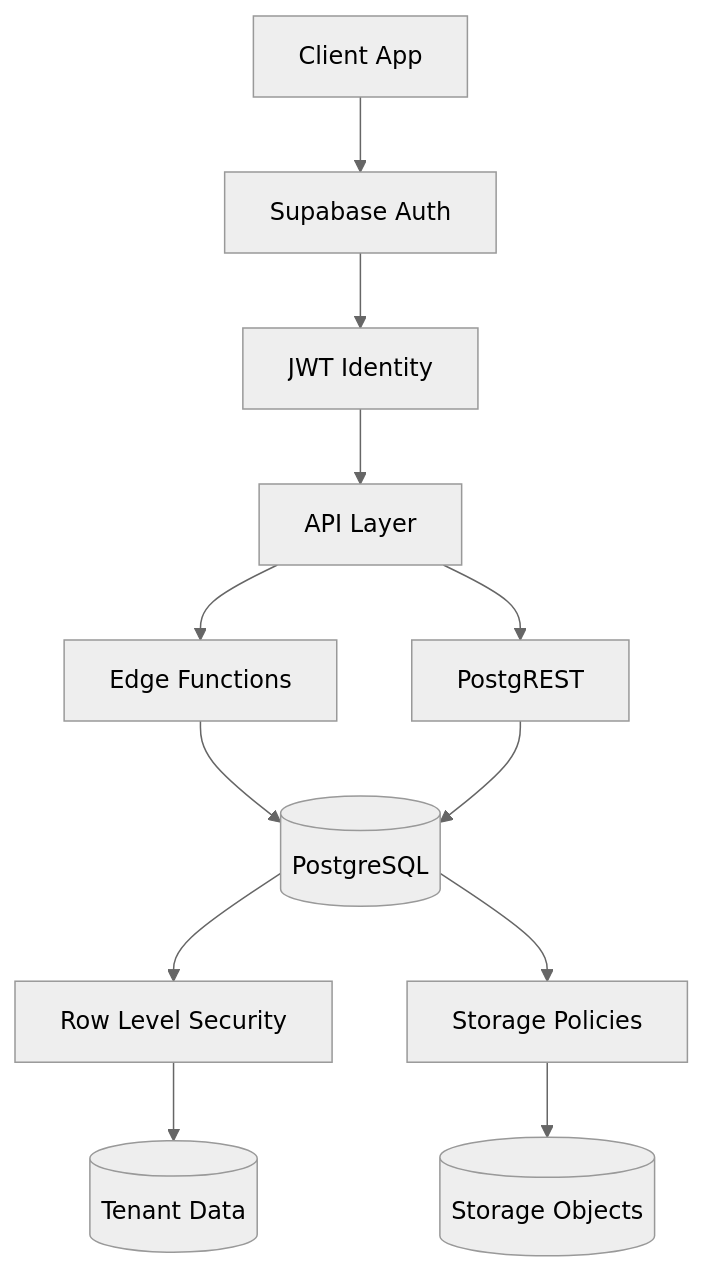
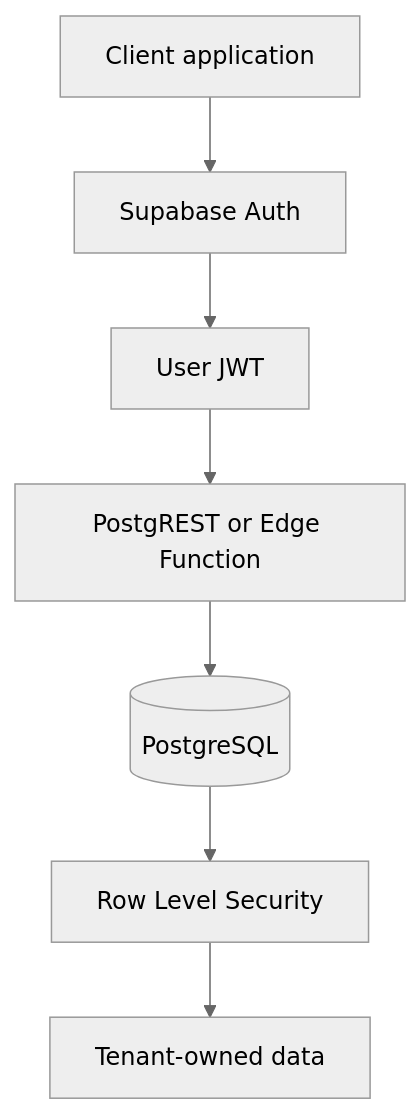
The diagram in README.md (elamilutinovic-vibePep/supabase-security-labs), drawn with Mermaid (neutral theme) before and after one commit. The commit also changed other lines of this file, not shown here.

Commit message:
docs: refocus README as security case study

````diff
--- a/README.md
+++ b/README.md
@@ -62,26 +32,9 @@
 ```mermaid
 flowchart TD
-
-Client[Client App]
-
-Client --> Auth[Supabase Auth]
-
-Auth --> JWT[JWT Identity]
-
-JWT --> API[API Layer]
-
-API --> Edge[Edge Functions]
-API --> PostgREST
-
-Edge --> DB[(PostgreSQL)]
-PostgREST --> DB
-
-DB --> RLS[Row Level Security]
-
-RLS --> Data[(Tenant Data)]
-
-DB --> StoragePolicies[Storage Policies]
-
-StoragePolicies --> Files[(Storage Objects)]
-
+  Client[Client application] --> Auth[Supabase Auth]
+  Auth --> JWT[User JWT]
+  JWT --> API[PostgREST or Edge Function]
+  API --> DB[(PostgreSQL)]
+  DB --> RLS[Row Level Security]
+  RLS --> Tenant[Tenant-owned data]
 ```
````
